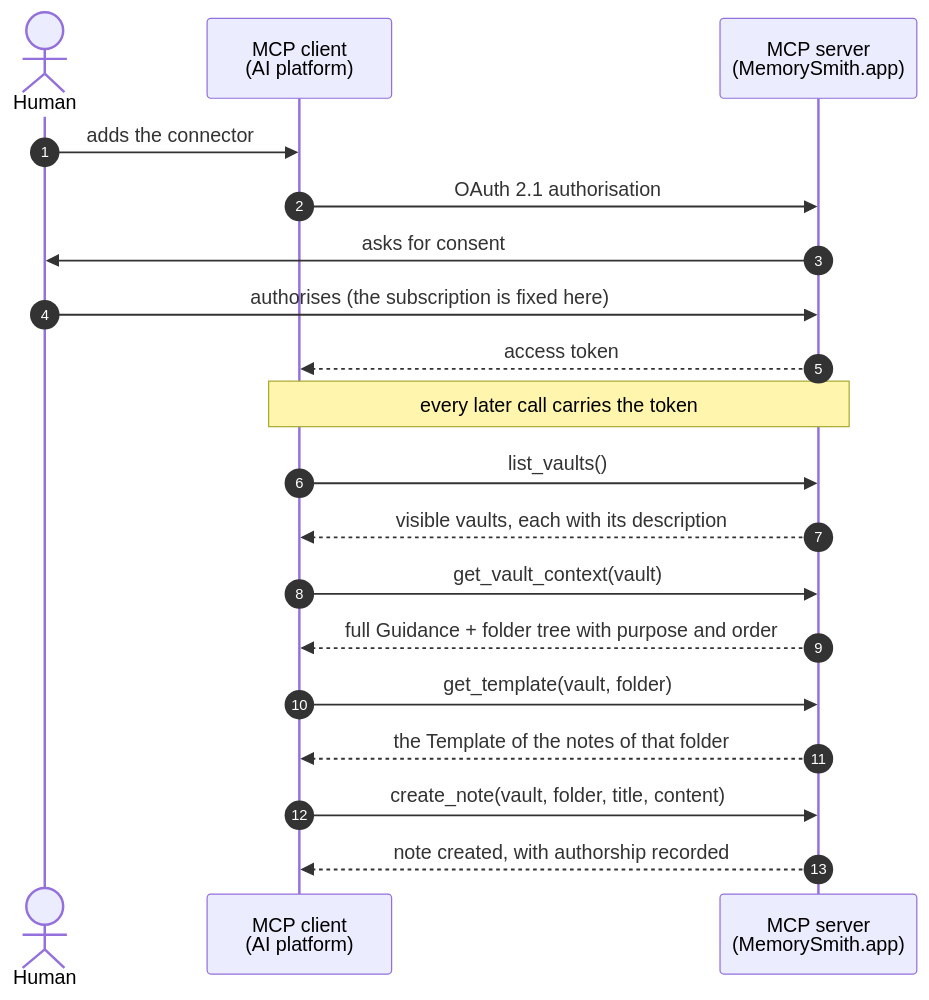
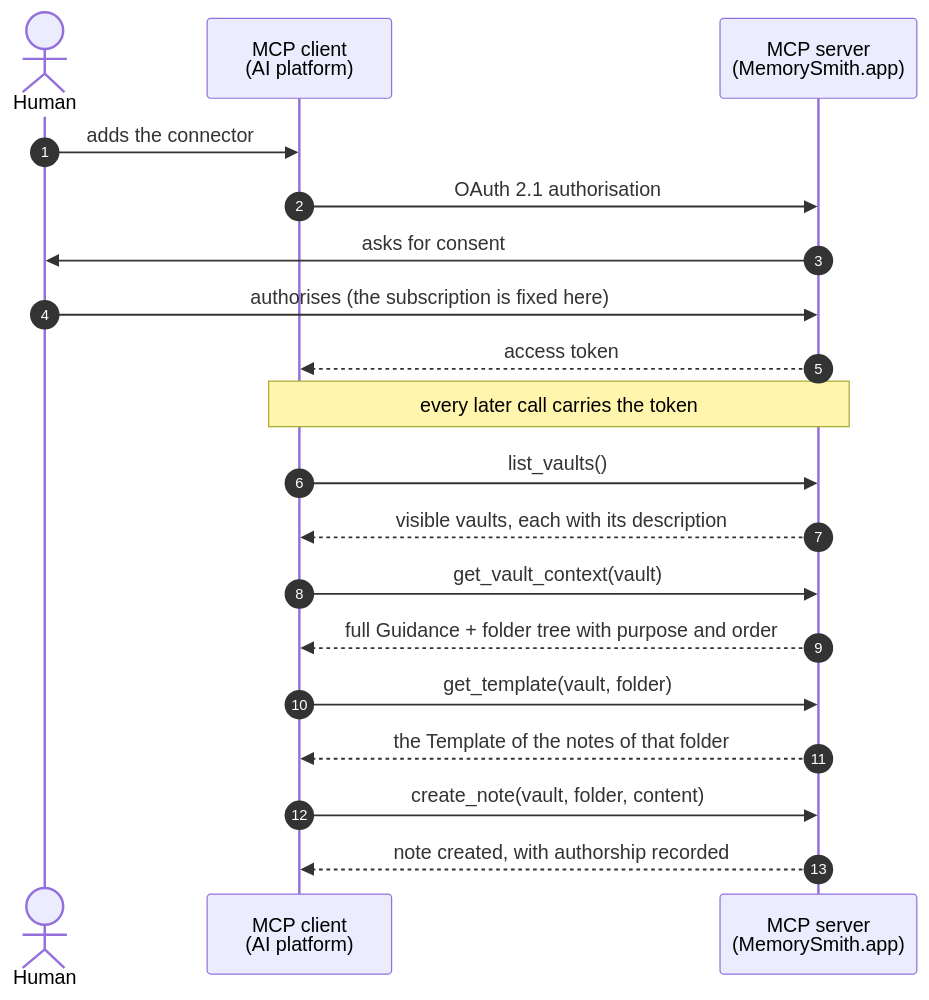
Before and after one commit to MemoryVaultGuru/MemoryVaultApp: the diagram in README.md, drawn with Mermaid. The commit also changed 50 other files, not shown here.

````diff
--- a/README.md
+++ b/README.md
@@ -116,27 +116,27 @@
 ```mermaid
 sequenceDiagram
     autonumber
     actor Human
     participant Client as MCP client<br/>(AI platform)
     participant Server as MCP server<br/>(MemorySmith.app)
 
     Human->>Client: adds the connector
     Client->>Server: OAuth 2.1 authorisation
     Server->>Human: asks for consent
     Human->>Server: authorises (the subscription is fixed here)
     Server-->>Client: access token
 
     note over Client,Server: every later call carries the token
 
     Client->>Server: list_vaults()
     Server-->>Client: visible vaults, each with its description
 
     Client->>Server: get_vault_context(vault)
     Server-->>Client: full Guidance + folder tree with purpose and order
 
     Client->>Server: get_template(vault, folder)
     Server-->>Client: the Template of the notes of that folder
 
-    Client->>Server: create_note(vault, folder, title, content)
+    Client->>Server: create_note(vault, folder, content)
     Server-->>Client: note created, with authorship recorded
 ```
````
